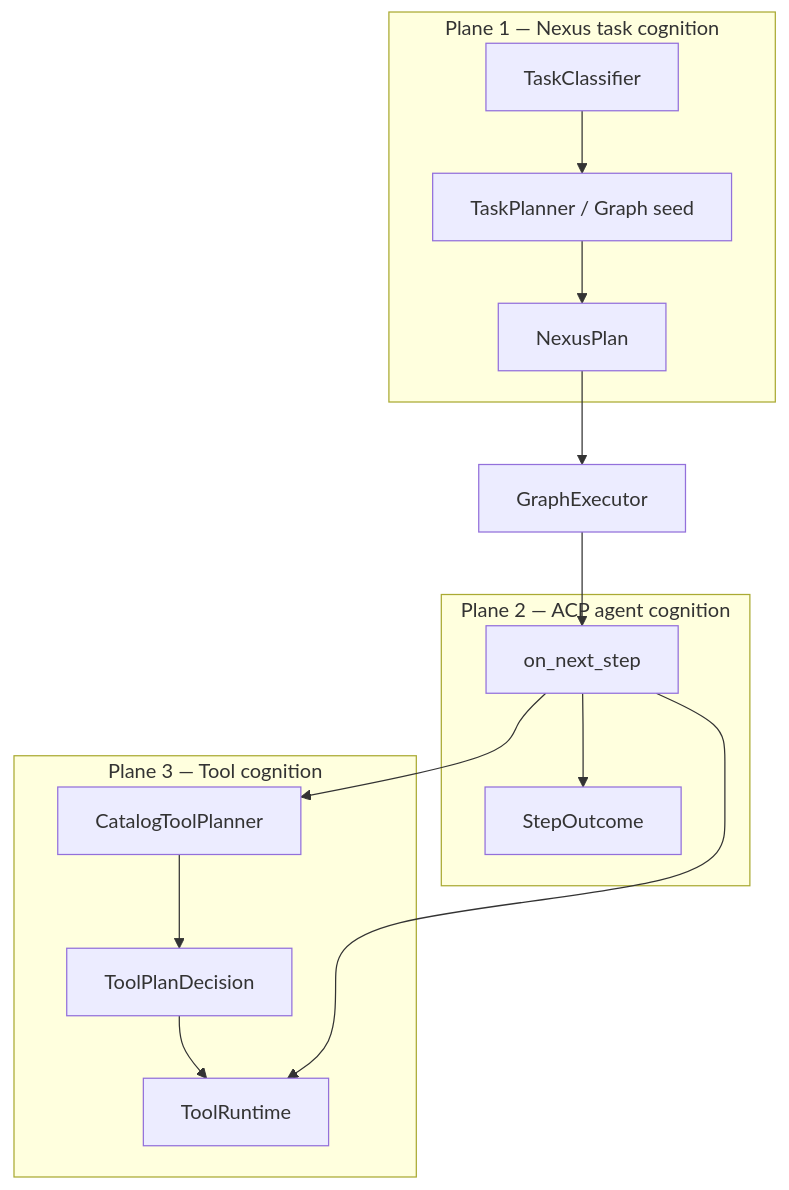
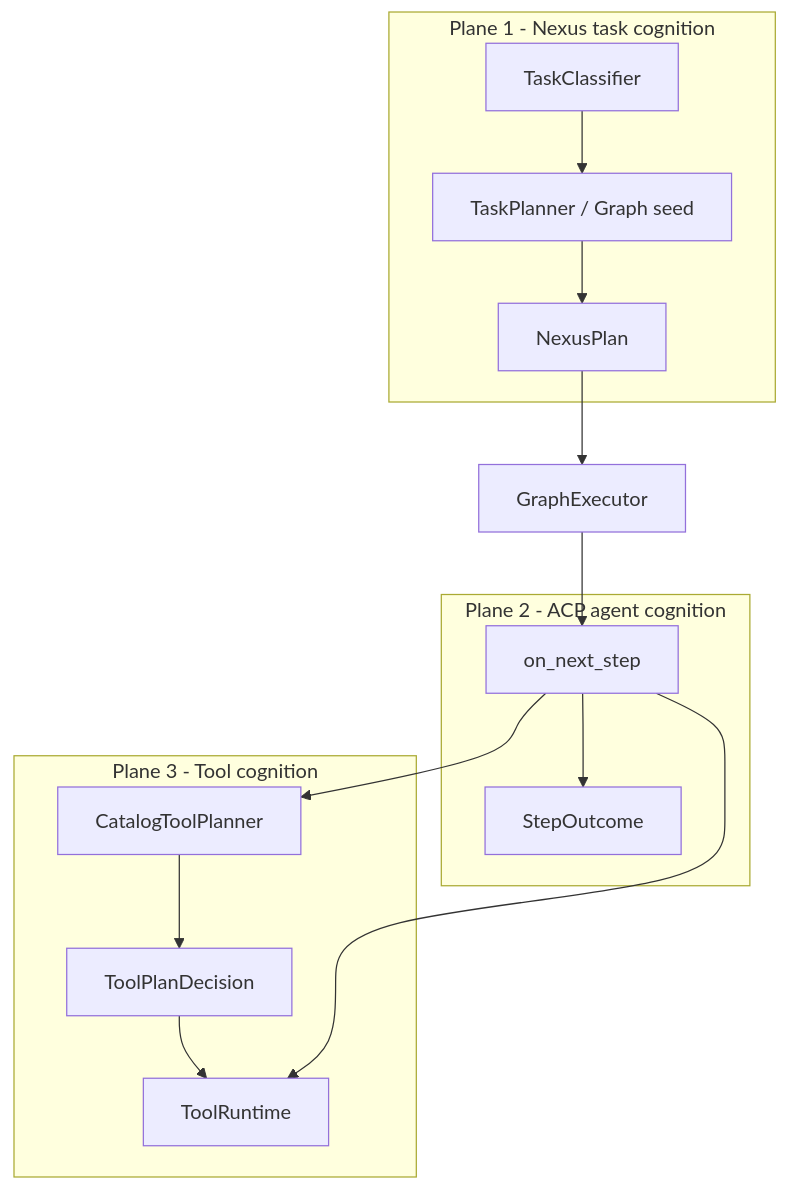
The first of 6 diagrams in docs/project/architecture/satellites/AGENT_CONTRACTS_AND_ASSEMBLY_extended_depth.md (jakbuczarnecki/intergrax), drawn with Mermaid before and after one commit. The commit also changed other lines of this file and 863 other files, not shown here.

````diff
--- a/docs/project/architecture/satellites/AGENT_CONTRACTS_AND_ASSEMBLY_extended_depth.md
+++ b/docs/project/architecture/satellites/AGENT_CONTRACTS_AND_ASSEMBLY_extended_depth.md
@@ -70,27 +70,27 @@
 ```mermaid
 flowchart TB
-    subgraph P1["Plane 1 — Nexus task cognition"]
+    subgraph P1["Plane 1 - Nexus task cognition"]
         TC[TaskClassifier]
         TP[TaskPlanner / Graph seed]
         NP[NexusPlan]
         TC --> TP --> NP
     end
 
-    subgraph P2["Plane 2 — ACP agent cognition"]
+    subgraph P2["Plane 2 - ACP agent cognition"]
         ONS[on_next_step]
         SO[StepOutcome]
         ONS --> SO
     end
 
-    subgraph P3["Plane 3 — Tool cognition"]
+    subgraph P3["Plane 3 - Tool cognition"]
         CTP[CatalogToolPlanner]
         TPD[ToolPlanDecision]
         TR[ToolRuntime]
         CTP --> TPD --> TR
     end
 
     NP --> GE[GraphExecutor]
     GE --> ONS
     ONS --> CTP
     ONS --> TR
 ```
````
